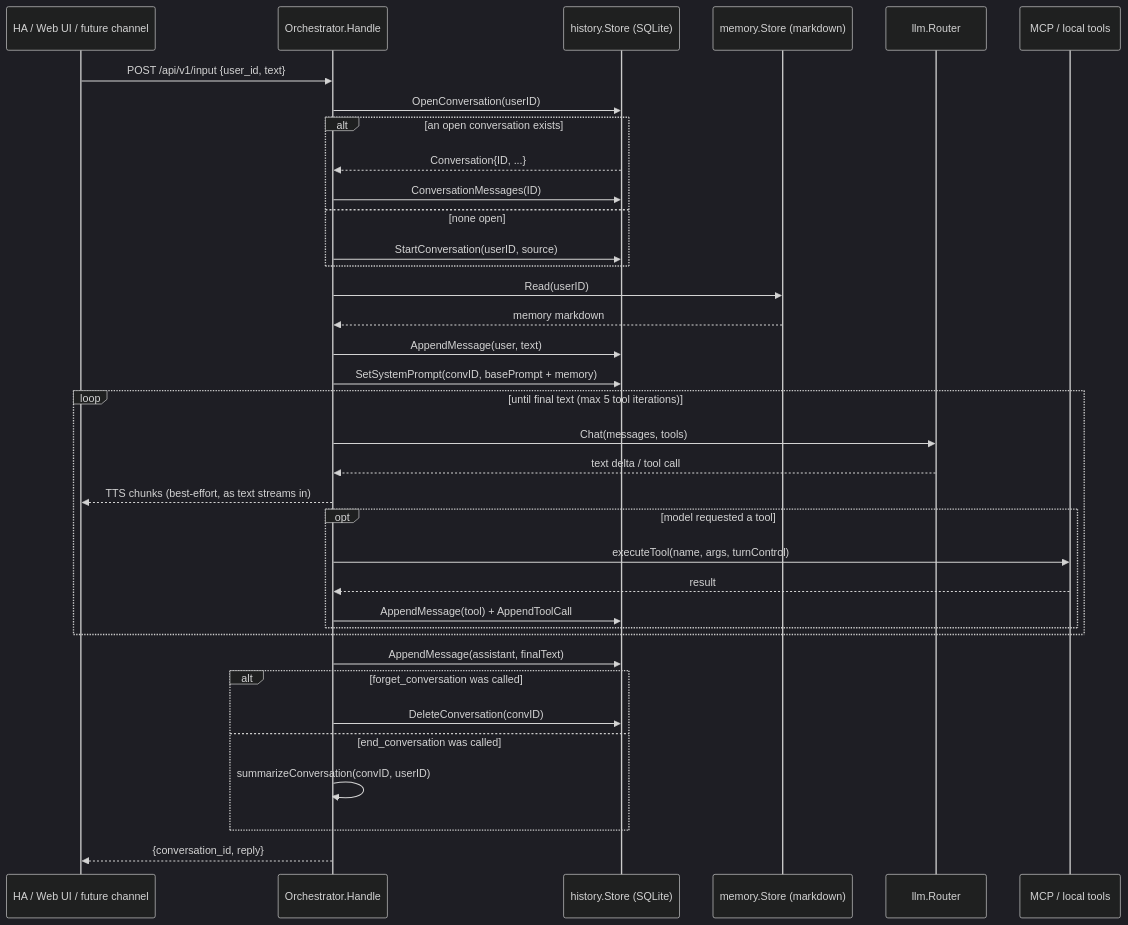
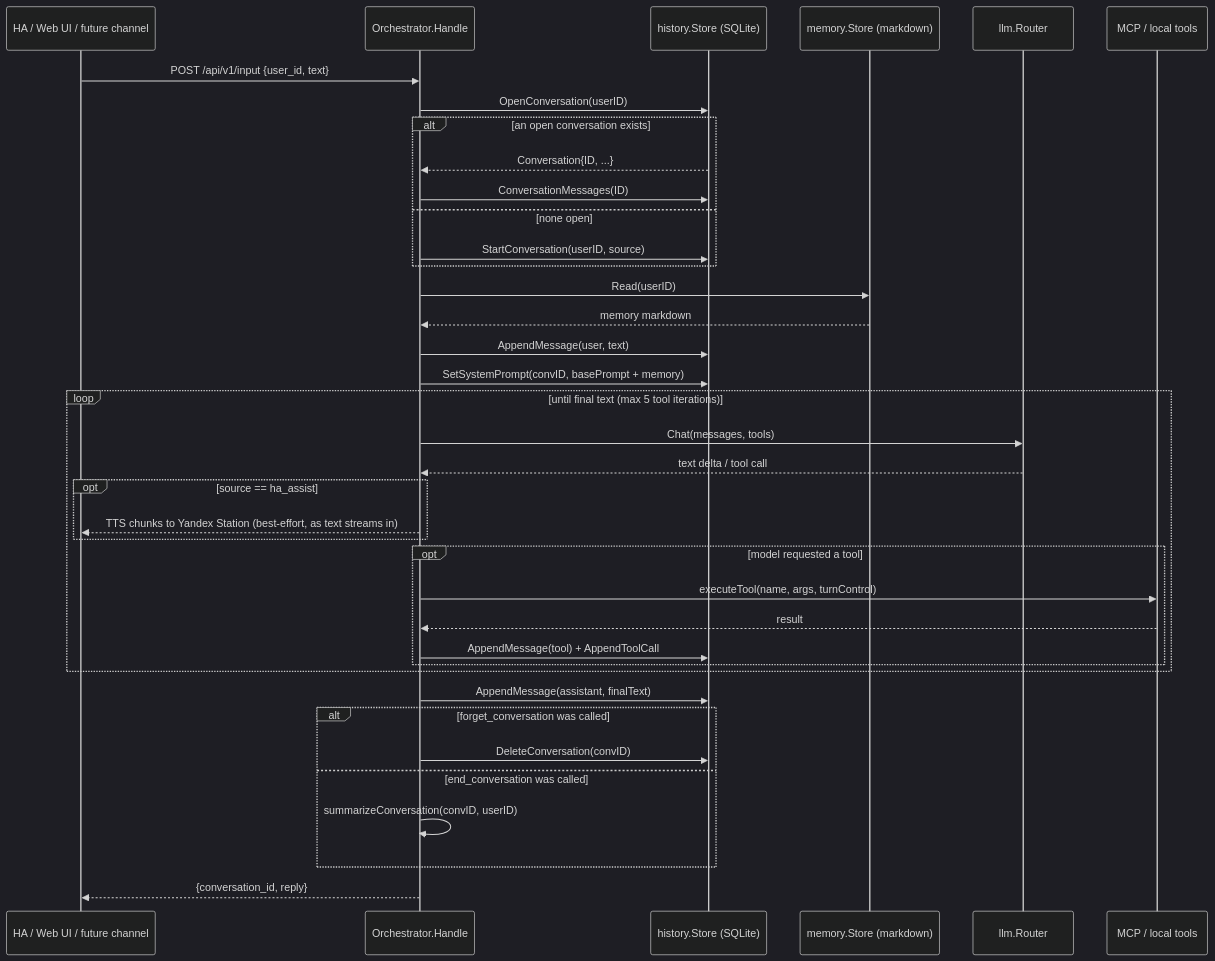
One commit to archer-developer/miranda changed the first of 3 diagrams in CLAUDE.md. Above: the diagram before and after it, drawn with Mermaid (dark theme). The commit also changed other lines of this file and 4 other files, not shown here.

First line of the commit message:
Only dispatch TTS for ha_assist; other channels get their own reply back

````diff
--- a/CLAUDE.md
+++ b/CLAUDE.md
@@ -59,39 +59,41 @@
 ```mermaid
 sequenceDiagram
     participant Caller as HA / Web UI / future channel
     participant O as Orchestrator.Handle
     participant H as history.Store (SQLite)
     participant M as memory.Store (markdown)
     participant R as llm.Router
     participant T as MCP / local tools
 
     Caller->>O: POST /api/v1/input {user_id, text}
     O->>H: OpenConversation(userID)
     alt an open conversation exists
         H-->>O: Conversation{ID, ...}
         O->>H: ConversationMessages(ID)
     else none open
         O->>H: StartConversation(userID, source)
     end
     O->>M: Read(userID)
     M-->>O: memory markdown
     O->>H: AppendMessage(user, text)
     O->>H: SetSystemPrompt(convID, basePrompt + memory)
     loop until final text (max 5 tool iterations)
         O->>R: Chat(messages, tools)
         R-->>O: text delta / tool call
-        O-->>Caller: TTS chunks (best-effort, as text streams in)
+        opt source == ha_assist
+            O-->>Caller: TTS chunks to Yandex Station (best-effort, as text streams in)
+        end
         opt model requested a tool
             O->>T: executeTool(name, args, turnControl)
             T-->>O: result
             O->>H: AppendMessage(tool) + AppendToolCall
         end
     end
     O->>H: AppendMessage(assistant, finalText)
     alt forget_conversation was called
         O->>H: DeleteConversation(convID)
     else end_conversation was called
         O->>O: summarizeConversation(convID, userID)
     end
     O-->>Caller: {conversation_id, reply}
 ```
````
